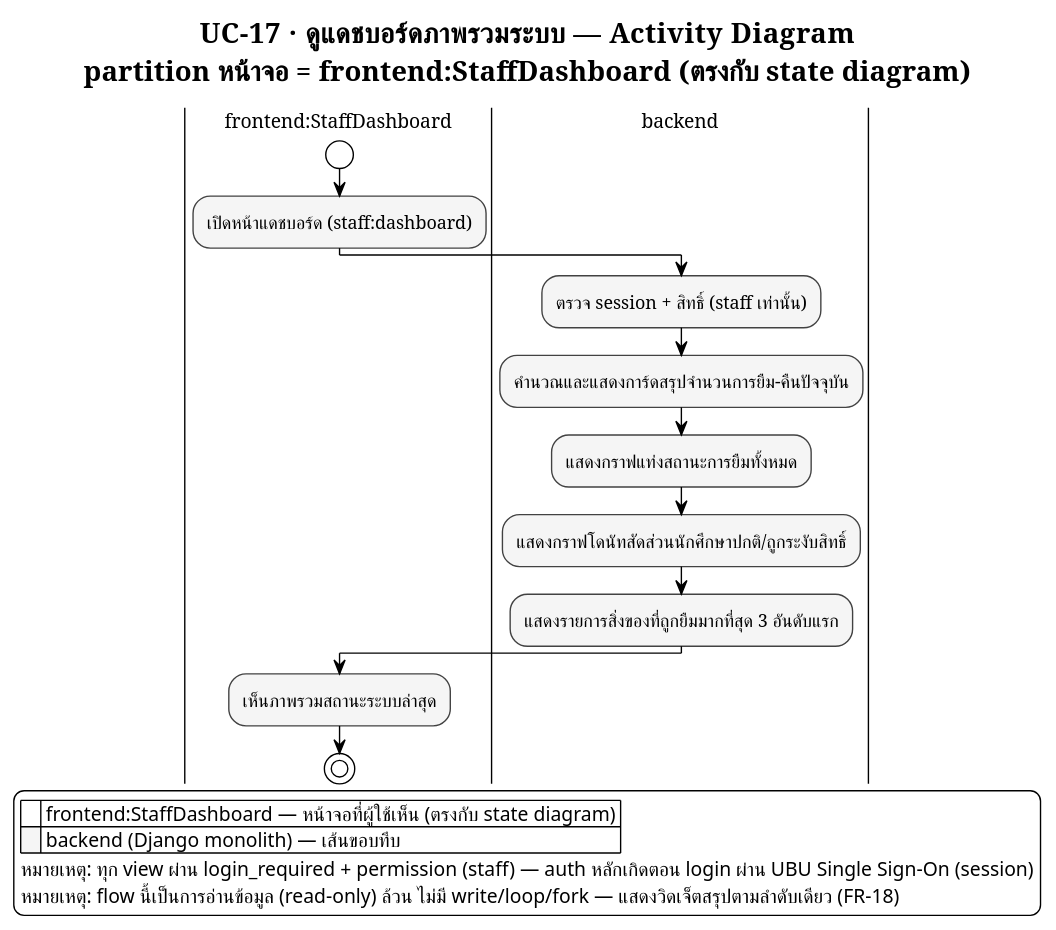
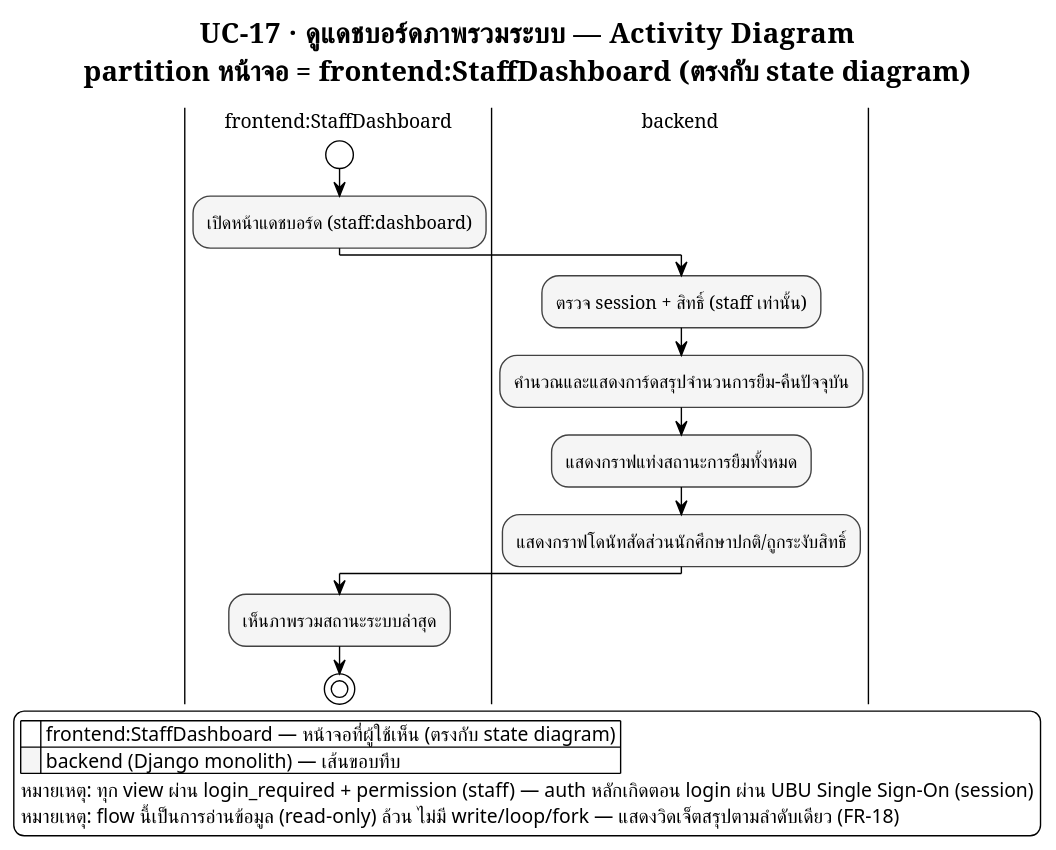
The diagram in proposal/usecase/activity_module6_uc17.puml (patlnwza-007/project-2569), drawn with PlantUML before and after one commit. The commit also changed 24 other files, not shown here.

```diff
--- a/proposal/usecase/activity_module6_uc17.puml
+++ b/proposal/usecase/activity_module6_uc17.puml
@@ -1,66 +1,65 @@
 @startuml activity_module6_uc17
 ' ══════════════════════════════════════════════════════════════════
 ' รองรับภาษาไทย — อ่านก่อน render:
 ' 1. บันทึกไฟล์นี้เป็น UTF-8 (ไม่ต้องมี BOM) เสมอ
 ' 2. ถ้า render ผ่าน CLI (plantuml.jar) ต้องระบุ flag encoding ด้วย:
 '      java -Dfile.encoding=UTF-8 -jar plantuml.jar -charset UTF-8 activity_staff_uc17_dashboard.puml
 ' 3. บังคับใช้ Smetana (pure-Java layout engine) แทน Graphviz/dot
 '    เพราะ Graphviz บางระบบ (โดยเฉพาะ Windows) อ่าน UTF-8 ไม่ตรง ทำให้ตัวอักษรไทยเพี้ยน/หาย
 !pragma layout smetana
 ' 4. ฟอนต์ที่มีสระ/วรรณยุกต์ไทยครบและ render ผ่าน Java ได้เสถียร
 '    - Windows: "TH Sarabun New" (ฟอนต์มาตรฐานราชการ) หรือ "Tahoma" (มากับเครื่องอยู่แล้ว)
 '    - Linux / PlantUML online server: เปลี่ยนเป็น "Noto Sans Thai" หรือ "Loma"
 skinparam defaultFontName "TH Sarabun New"
 skinparam defaultFontSize 14
 ' ══════════════════════════════════════════════════════════════════
 
 !theme plain
 skinparam titleFontName "TH Sarabun New"
 skinparam titleFontSize 20
 skinparam noteFontName "TH Sarabun New"
 skinparam ArrowFontName "TH Sarabun New"
 skinparam ArrowFontSize 12
 skinparam swimlaneTitleFontName "TH Sarabun New"
 skinparam swimlaneTitleFontSize 14
 
 ' ===== Monochrome เท่านั้น — ห้ามให้แต่ละ partition มีสีต่างกัน =====
 skinparam activity {
   BackgroundColor #F5F5F5
   BorderColor #424242
   FontName "TH Sarabun New"
   FontSize 13
   DiamondBackgroundColor #FAFAFA
   DiamondBorderColor #616161
 }
 skinparam partition {
   BackgroundColor #FAFAFA
   BorderColor #424242
 }
 
 title UC-17 · ดูแดชบอร์ดภาพรวมระบบ — Activity Diagram\npartition หน้าจอ = frontend:StaffDashboard (ตรงกับ state diagram)
 
 |frontend:StaffDashboard|
 start
 ' สมมติว่าเจ้าหน้าที่ login แล้ว (session) — ไม่ต้องวาด OAuth/SSO ซ้ำใน flow ทั่วไป
 :เปิดหน้าแดชบอร์ด (staff:dashboard);
 
 |backend|
 :ตรวจ session + สิทธิ์ (staff เท่านั้น);
 :คำนวณและแสดงการ์ดสรุปจำนวนการยืม-คืนปัจจุบัน;
 :แสดงกราฟแท่งสถานะการยืมทั้งหมด;
 :แสดงกราฟโดนัทสัดส่วนนักศึกษาปกติ/ถูกระงับสิทธิ์;
-:แสดงรายการสิ่งของที่ถูกยืมมากที่สุด 3 อันดับแรก;
 
 |frontend:StaffDashboard|
 :เห็นภาพรวมสถานะระบบล่าสุด;
 
 stop
 
 legend right
   |<back:white>    </back>| frontend:StaffDashboard — หน้าจอที่ผู้ใช้เห็น (ตรงกับ state diagram) |
   |<back:#F5F5F5>    </back>| backend (Django monolith) — เส้นขอบทึบ |
   หมายเหตุ: ทุก view ผ่าน login_required + permission (staff) — auth หลักเกิดตอน login ผ่าน UBU Single Sign-On (session)
   หมายเหตุ: flow นี้เป็นการอ่านข้อมูล (read-only) ล้วน ไม่มี write/loop/fork — แสดงวิดเจ็ตสรุปตามลำดับเดียว (FR-18)
 endlegend
 
 @enduml
```
